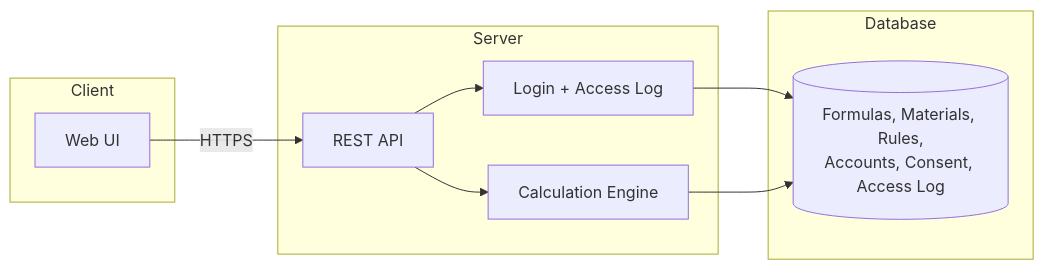
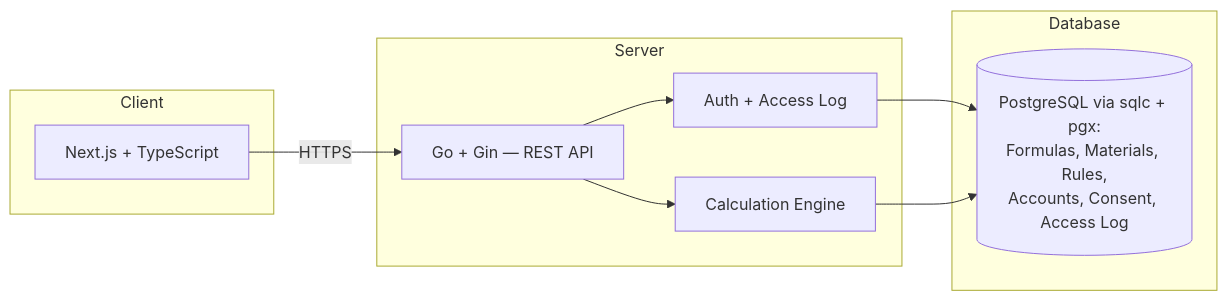
Before and after one commit to projectSE-1/Proposal: the third of 4 diagrams in .docs/02-design/diagrams.md, drawn with Mermaid. The commit also changed other lines of this file and 2 other files, not shown here.

First line of the commit message:
Align design diagrams with approved scope; record decided tech stack

````diff
--- a/.docs/02-design/diagrams.md
+++ b/.docs/02-design/diagrams.md
@@ -65,20 +72,20 @@
 ```mermaid
 flowchart LR
     subgraph Client
-        UI[Web UI]
+        UI[Next.js + TypeScript]
     end
     subgraph Server
-        API[REST API]
-        AUTH[Login + Access Log]
+        API[Go + Gin — REST API]
+        AUTH[Auth + Access Log]
         ENGINE[Calculation Engine]
     end
     subgraph Database
-        DB[(Formulas, Materials, Rules,<br/>Accounts, Consent, Access Log)]
+        DB[(PostgreSQL via sqlc + pgx:<br/>Formulas, Materials, Rules,<br/>Accounts, Consent, Access Log)]
     end
 
     UI -->|HTTPS| API
     API --> AUTH
     API --> ENGINE
     AUTH --> DB
     ENGINE --> DB
 ```
````
